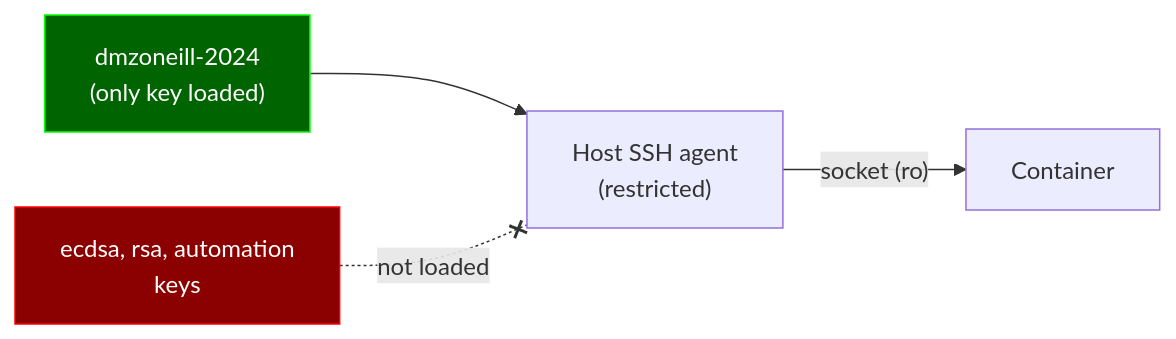
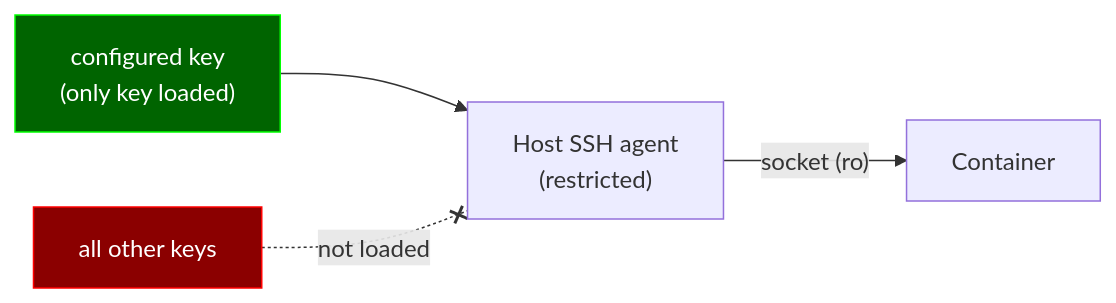
Before and after one commit to dmzoneill/securetty: the fourth of 6 diagrams in README.md, drawn with Mermaid. The commit also changed other lines of this file and 27 other files, not shown here.

````diff
--- a/README.md
+++ b/README.md
@@ -103,9 +103,9 @@
 ```mermaid
 flowchart LR
     Host["Host SSH agent<br/>(restricted)"] -->|"socket (ro)"| Container["Container"]
-    Key["dmzoneill-2024<br/>(only key loaded)"] --> Host
-    Other["ecdsa, rsa, automation<br/>keys"] -.-x|"not loaded"| Host
+    Key["configured key<br/>(only key loaded)"] --> Host
+    Other["all other keys"] -.-x|"not loaded"| Host
 
     style Other fill:#8B0000,stroke:#ff0000,color:#fff
     style Key fill:#006400,stroke:#00ff00,color:#fff
 ```
````
